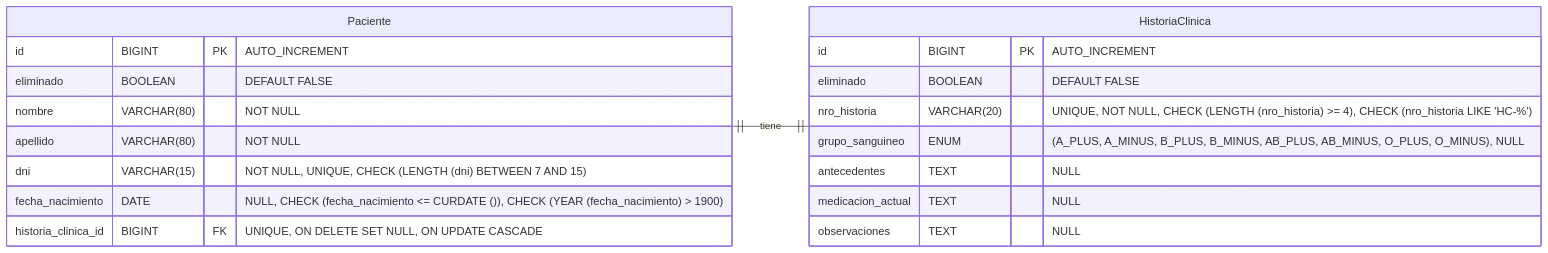
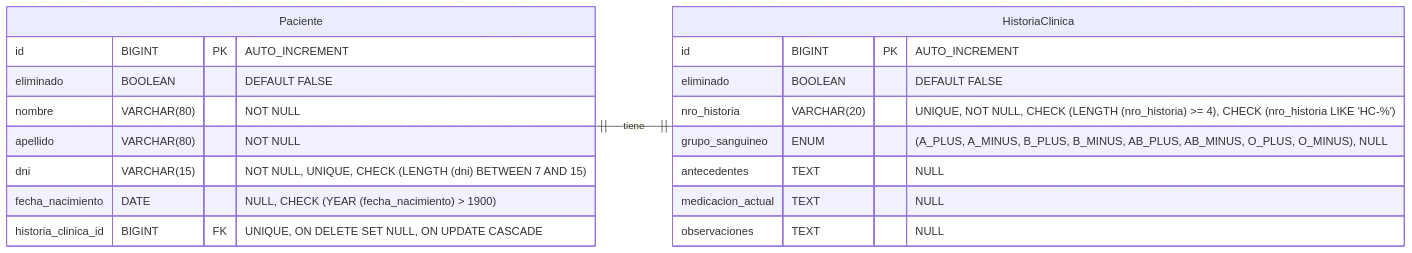
One commit to Gerolupo12/paciente-historia-cliente changed the second of 2 diagrams in README.md. Above: the diagram before and after it, drawn with Mermaid. The commit also changed other lines of this file and 13 other files, not shown here.

````diff
--- a/README.md
+++ b/README.md
@@ -176,25 +189,25 @@
 ```mermaid
     erDiagram
     direction LR
         Paciente {
             id BIGINT PK "AUTO_INCREMENT"
             eliminado BOOLEAN "DEFAULT FALSE"
             nombre VARCHAR(80) "NOT NULL"
             apellido VARCHAR(80) "NOT NULL"
             dni VARCHAR(15) "NOT NULL, UNIQUE, CHECK (LENGTH (dni) BETWEEN 7 AND 15)"
-            fecha_nacimiento DATE "NULL, CHECK (fecha_nacimiento <= CURDATE ()), CHECK (YEAR (fecha_nacimiento) > 1900)"
+            fecha_nacimiento DATE "NULL, CHECK (YEAR (fecha_nacimiento) > 1900)"
             historia_clinica_id BIGINT FK "UNIQUE, ON DELETE SET NULL, ON UPDATE CASCADE"
         }
 
         HistoriaClinica {
             id BIGINT PK "AUTO_INCREMENT"
             eliminado BOOLEAN "DEFAULT FALSE"
             nro_historia VARCHAR(20) "UNIQUE, NOT NULL, CHECK (LENGTH (nro_historia) >= 4), CHECK (nro_historia LIKE 'HC-%')"
             grupo_sanguineo ENUM "(A_PLUS, A_MINUS, B_PLUS, B_MINUS, AB_PLUS, AB_MINUS, O_PLUS, O_MINUS), NULL"
             antecedentes TEXT "NULL"
             medicacion_actual TEXT "NULL"
             observaciones TEXT "NULL"
         }
 
         Paciente 1--1 HistoriaClinica : tiene
 ```
````
